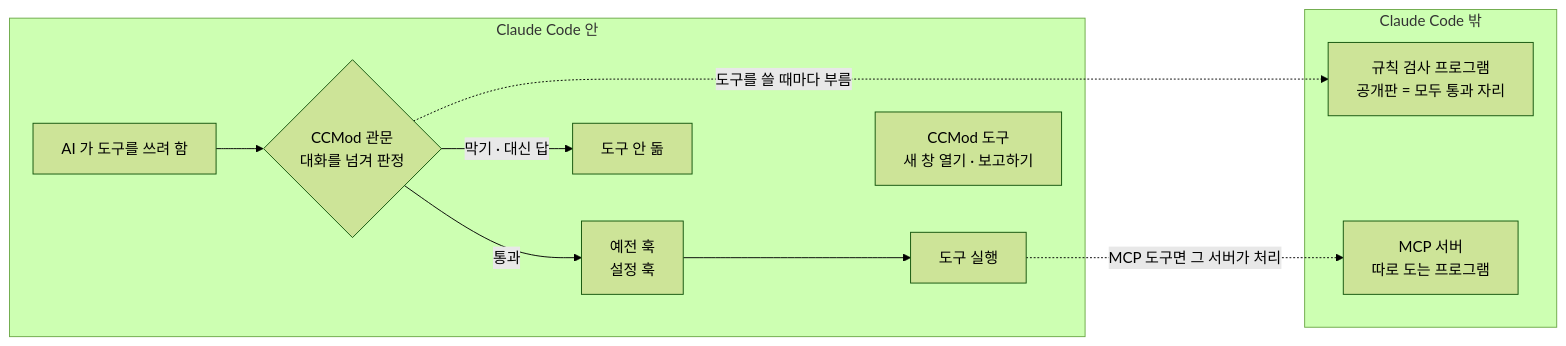
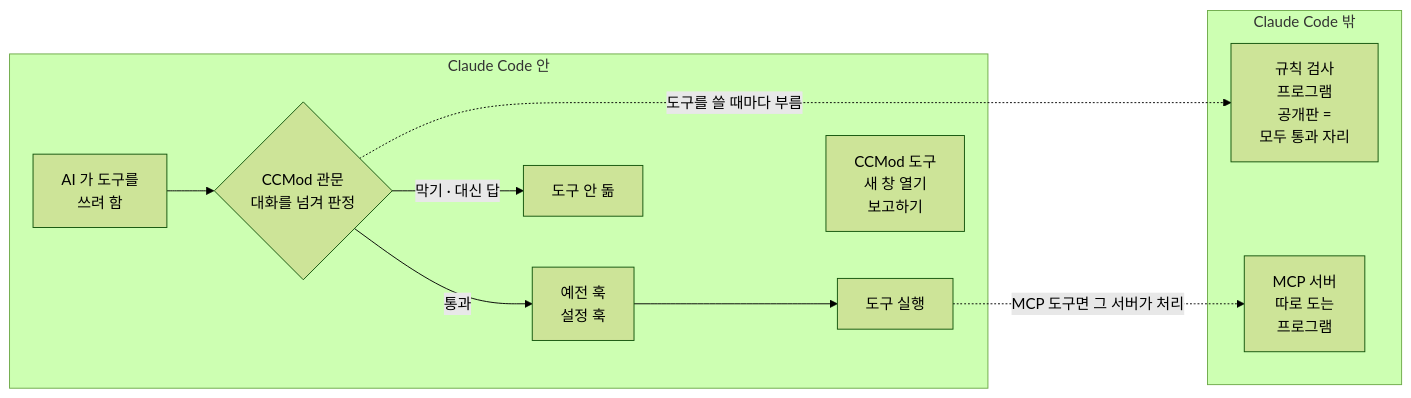
One commit to treylom/mod-for-slack changed the second of 2 diagrams in docs/install.md. Above: the diagram before and after it, drawn with Mermaid (forest theme). The commit also changed other lines of this file and 5 other files, not shown here.

````diff
--- a/docs/install.md
+++ b/docs/install.md
@@ -30,15 +30,15 @@
 ```mermaid
 flowchart LR
   subgraph IN["Claude Code 안"]
-    A["AI 가 도구를 쓰려 함"] --> G{"CCMod 관문<br/>대화를 넘겨 판정"}
+    A["AI 가 도구를<br/>쓰려 함"] --> G{"CCMod 관문<br/>대화를 넘겨 판정"}
     G -- "통과" --> H["예전 훅<br/>설정 훅"] --> T["도구 실행"]
     G -- "막기 · 대신 답" --> X["도구 안 돎"]
-    MT["CCMod 도구<br/>새 창 열기 · 보고하기"]
+    MT["CCMod 도구<br/>새 창 열기<br/>보고하기"]
   end
   subgraph OUT["Claude Code 밖"]
-    P["규칙 검사 프로그램<br/>공개판 = 모두 통과 자리"]
-    M["MCP 서버<br/>따로 도는 프로그램"]
+    P["규칙 검사<br/>프로그램<br/>공개판 =<br/>모두 통과 자리"]
+    M["MCP 서버<br/>따로 도는<br/>프로그램"]
   end
   G -. "도구를 쓸 때마다 부름" .-> P
   T -. "MCP 도구면 그 서버가 처리" .-> M
 ```
````
